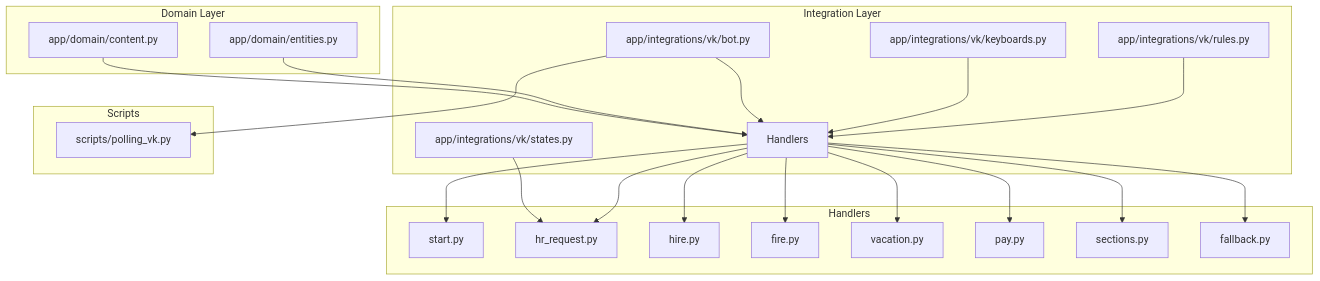
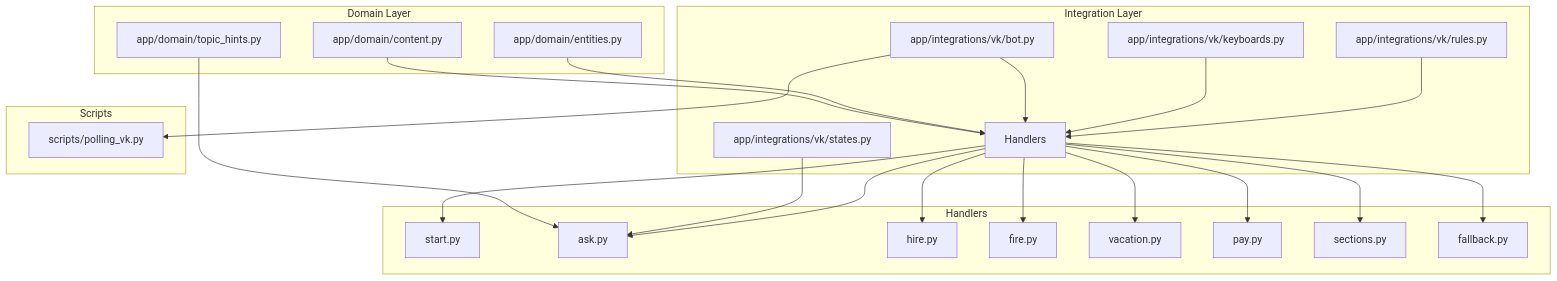
Before and after one commit to ognelis/cafetera_hr_bot: the first of 12 diagrams in .qoder/repowiki/en/content/VK Integration/Domain Content Management.md, drawn with Mermaid. The commit also changed other lines of this file and 16 other files, not shown here.

````diff
--- a/.qoder/repowiki/en/content/VK Integration/Domain Content Management.md
+++ b/.qoder/repowiki/en/content/VK Integration/Domain Content Management.md
@@ -45,42 +58,44 @@
 ```mermaid
 graph TB
 subgraph "Domain Layer"
 CNT["app/domain/content.py"]
 ENT["app/domain/entities.py"]
+TH["app/domain/topic_hints.py"]
 end
 subgraph "Integration Layer"
 BOT["app/integrations/vk/bot.py"]
 HKY["app/integrations/vk/keyboards.py"]
 STT["app/integrations/vk/states.py"]
 RUL["app/integrations/vk/rules.py"]
 HND["Handlers"]
 end
 subgraph "Handlers"
 HSTART["start.py"]
-HHR["hr_request.py"]
+HASK["ask.py"]
 HHIRE["hire.py"]
 HFIRE["fire.py"]
 HVACA["vacation.py"]
 HPAY["pay.py"]
 HSECT["sections.py"]
 HFALL["fallback.py"]
 end
 subgraph "Scripts"
 POLL["scripts/polling_vk.py"]
 end
 CNT --> HND
 ENT --> HND
+TH --> HASK
 BOT --> HND
 HKY --> HND
-STT --> HHR
+STT --> HASK
 RUL --> HND
 HND --> HSTART
-HND --> HHR
+HND --> HASK
 HND --> HHIRE
 HND --> HFIRE
 HND --> HVACA
 HND --> HPAY
 HND --> HSECT
 HND --> HFALL
 BOT --> POLL
 ```
````
